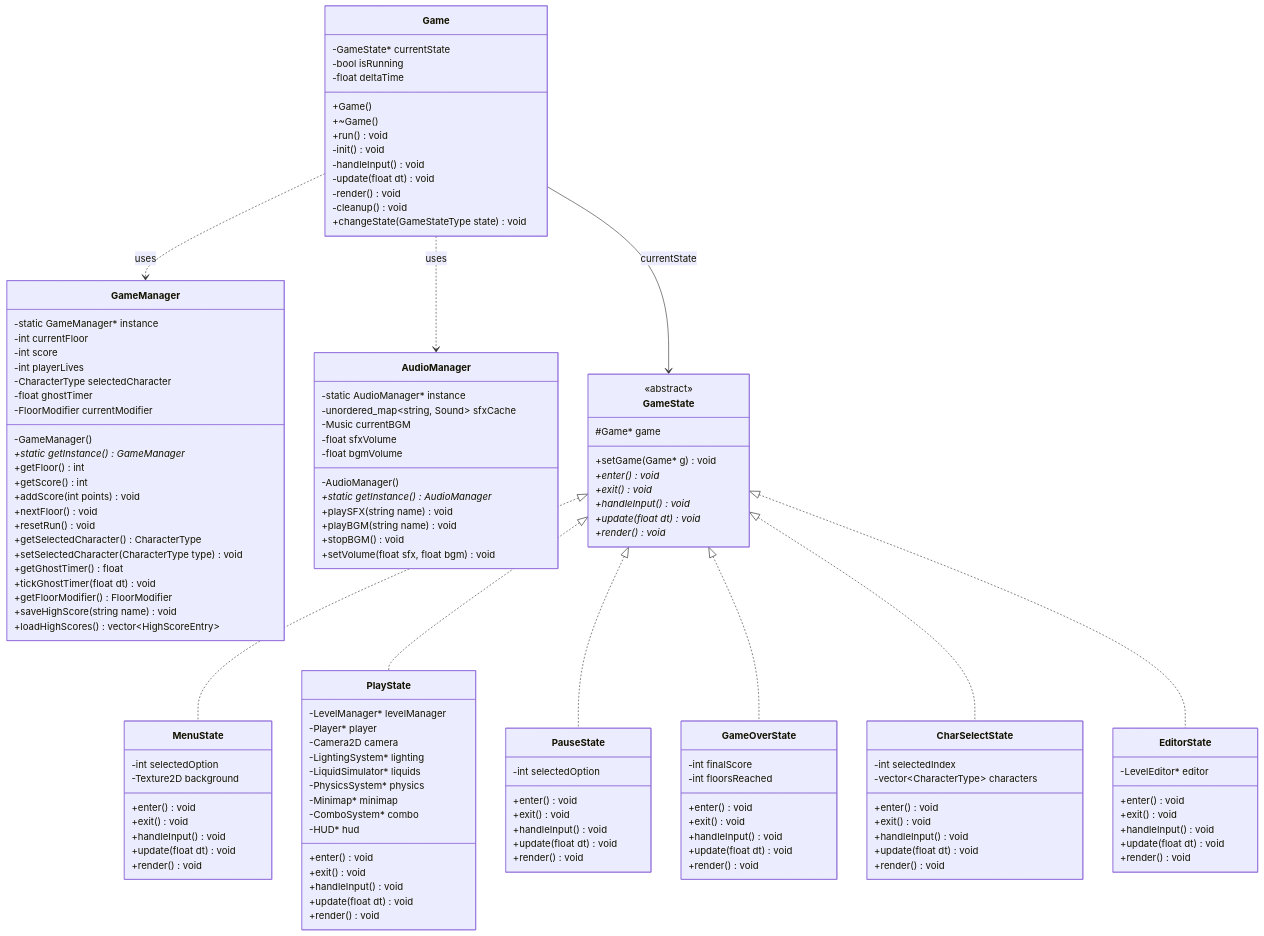
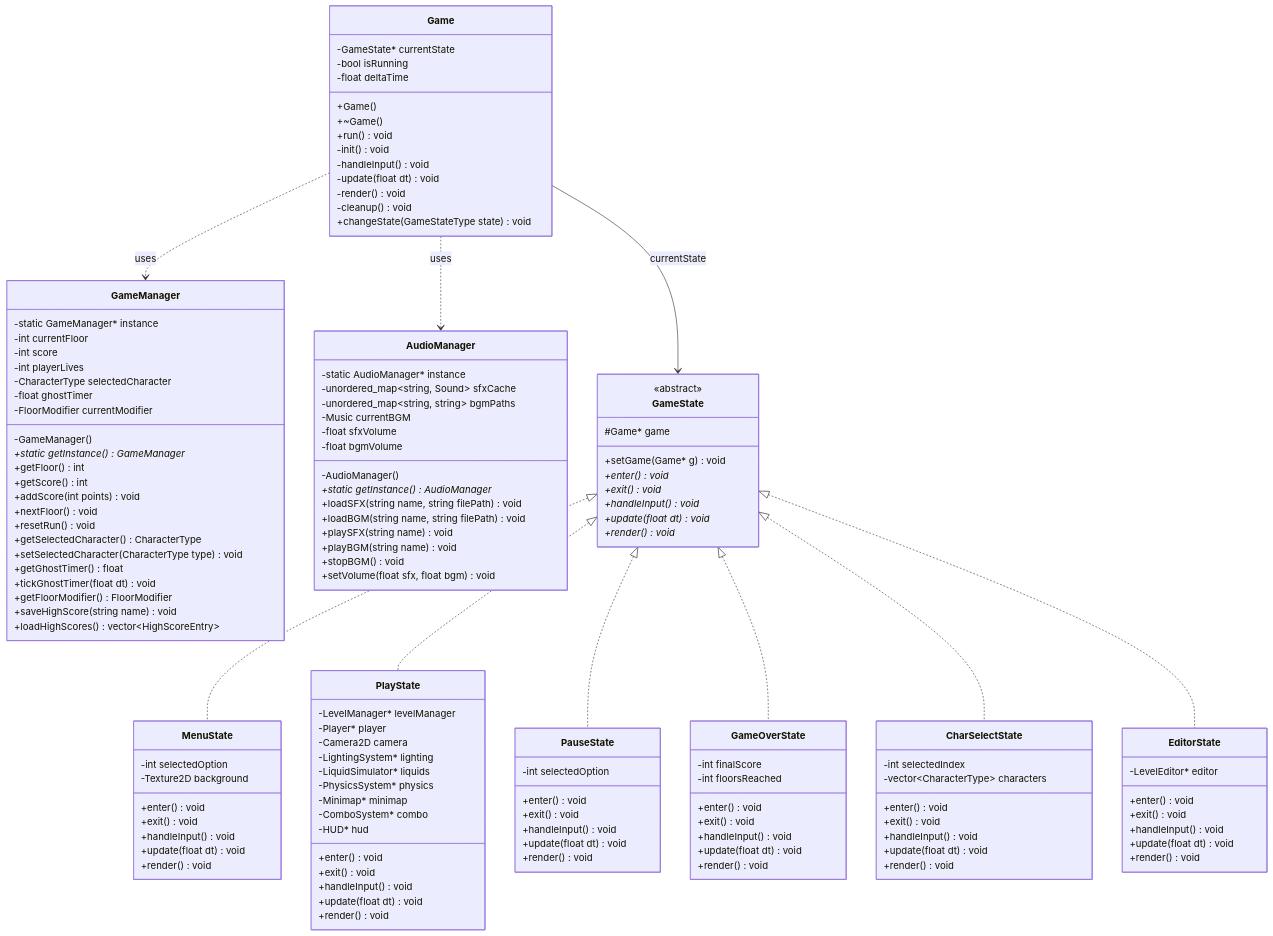
The first of 8 diagrams in project_plan.md (Gasmask-Chan/CS202-Cavern-Descent), drawn with Mermaid before and after one commit.

Commit message:
docs: update UML with AudioManager loaders

```diff
--- a/project_plan.md
+++ b/project_plan.md
@@ -342,11 +342,14 @@
     class AudioManager {
         -static AudioManager* instance
         -unordered_map~string, Sound~ sfxCache
+        -unordered_map~string, string~ bgmPaths
         -Music currentBGM
         -float sfxVolume
         -float bgmVolume
         -AudioManager()
         +static getInstance() AudioManager*
+        +loadSFX(string name, string filePath) void
+        +loadBGM(string name, string filePath) void
         +playSFX(string name) void
         +playBGM(string name) void
         +stopBGM() void
```
